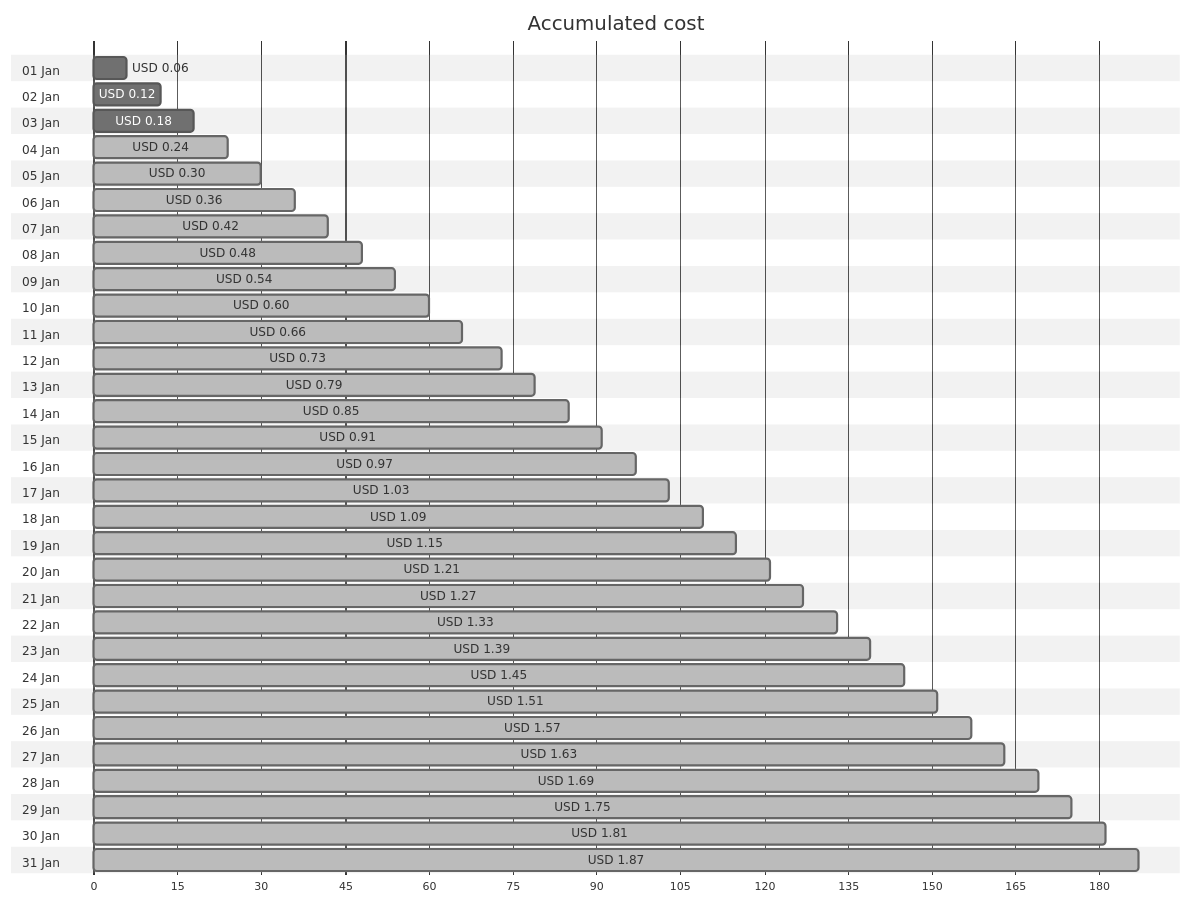
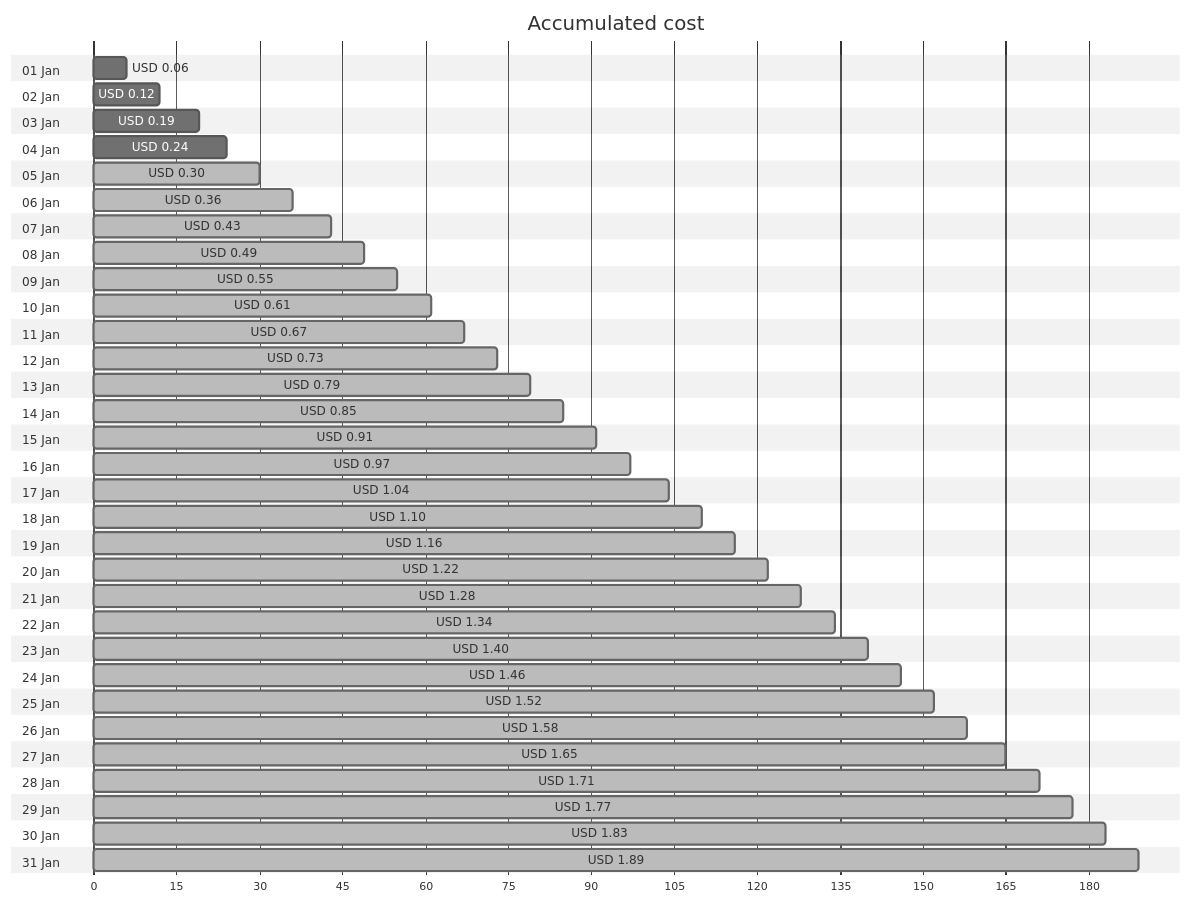
One commit to jpfulton/azure-personal-reports changed the first of 4 diagrams in cost-reports/personal-network/backup-server_OsDisk.md. Above: the diagram before and after it, drawn with Mermaid (neutral theme). The commit also changed other lines of this file and 8 other files, not shown here.

````diff
--- a/cost-reports/personal-network/backup-server_OsDisk.md
+++ b/cost-reports/personal-network/backup-server_OsDisk.md
@@ -20,68 +20,68 @@
 ```mermaid
 gantt
    title Accumulated cost
    dateFormat  X
    axisFormat %s
    section 01 Jan
    USD 0.06 :0, 6
    section 02 Jan
    USD 0.12 :0, 12
    section 03 Jan
-   USD 0.18 :0, 18
+   USD 0.19 :0, 19
    section 04 Jan
-   USD 0.24 : done, 0, 24
+   USD 0.24 :0, 24
    section 05 Jan
    USD 0.30 : done, 0, 30
    section 06 Jan
    USD 0.36 : done, 0, 36
    section 07 Jan
-   USD 0.42 : done, 0, 42
+   USD 0.43 : done, 0, 43
    section 08 Jan
-   USD 0.48 : done, 0, 48
+   USD 0.49 : done, 0, 49
    section 09 Jan
-   USD 0.54 : done, 0, 54
+   USD 0.55 : done, 0, 55
    section 10 Jan
-   USD 0.60 : done, 0, 60
+   USD 0.61 : done, 0, 61
    section 11 Jan
-   USD 0.66 : done, 0, 66
+   USD 0.67 : done, 0, 67
    section 12 Jan
    USD 0.73 : done, 0, 73
    section 13 Jan
    USD 0.79 : done, 0, 79
    section 14 Jan
    USD 0.85 : done, 0, 85
    section 15 Jan
    USD 0.91 : done, 0, 91
    section 16 Jan
    USD 0.97 : done, 0, 97
    section 17 Jan
-   USD 1.03 : done, 0, 103
+   USD 1.04 : done, 0, 104
    section 18 Jan
-   USD 1.09 : done, 0, 109
+   USD 1.10 : done, 0, 110
    section 19 Jan
-   USD 1.15 : done, 0, 115
+   USD 1.16 : done, 0, 116
    section 20 Jan
-   USD 1.21 : done, 0, 121
+   USD 1.22 : done, 0, 122
    section 21 Jan
-   USD 1.27 : done, 0, 127
+   USD 1.28 : done, 0, 128
    section 22 Jan
-   USD 1.33 : done, 0, 133
+   USD 1.34 : done, 0, 134
    section 23 Jan
-   USD 1.39 : done, 0, 139
+   USD 1.40 : done, 0, 140
    section 24 Jan
-   USD 1.45 : done, 0, 145
+   USD 1.46 : done, 0, 146
    section 25 Jan
-   USD 1.51 : done, 0, 151
+   USD 1.52 : done, 0, 152
    section 26 Jan
-   USD 1.57 : done, 0, 157
+   USD 1.58 : done, 0, 158
    section 27 Jan
-   USD 1.63 : done, 0, 163
+   USD 1.65 : done, 0, 165
    section 28 Jan
-   USD 1.69 : done, 0, 169
+   USD 1.71 : done, 0, 171
    section 29 Jan
-   USD 1.75 : done, 0, 175
+   USD 1.77 : done, 0, 177
    section 30 Jan
-   USD 1.81 : done, 0, 181
+   USD 1.83 : done, 0, 183
    section 31 Jan
-   USD 1.87 : done, 0, 187
+   USD 1.89 : done, 0, 189
 ```
````
